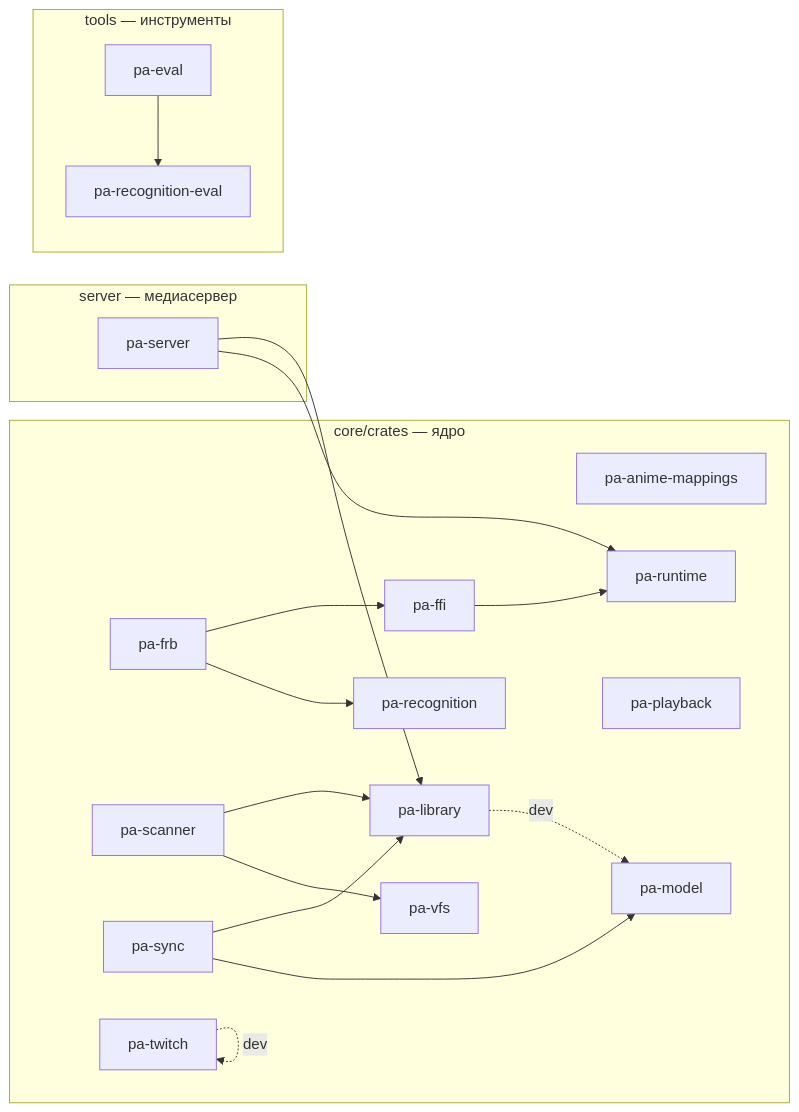
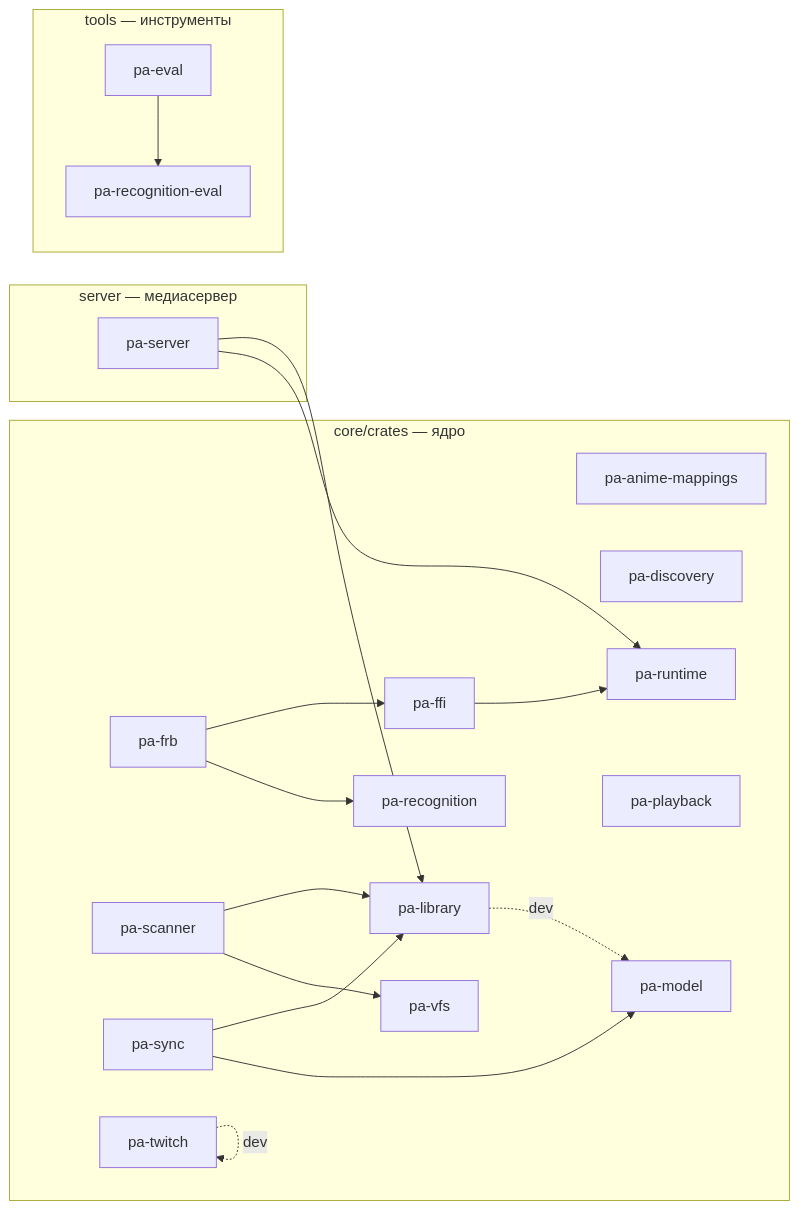
One commit to DenisHumen/project_alpha changed the diagram in docs/dev/crate-graph.md. Above: the diagram before and after it, drawn with Mermaid. The commit also changed other lines of this file and 9 other files, not shown here.

Commit message:
style(net): rustfmt, Cargo.lock and crate graph [NET-009]

````diff
--- a/docs/dev/crate-graph.md
+++ b/docs/dev/crate-graph.md
@@ -12,36 +12,37 @@
 ```mermaid
 flowchart LR
   subgraph g0["core/crates — ядро"]
     pa_anime_mappings["pa-anime-mappings"]
+    pa_discovery["pa-discovery"]
     pa_ffi["pa-ffi"]
     pa_frb["pa-frb"]
     pa_library["pa-library"]
     pa_model["pa-model"]
     pa_playback["pa-playback"]
     pa_recognition["pa-recognition"]
     pa_runtime["pa-runtime"]
     pa_scanner["pa-scanner"]
     pa_sync["pa-sync"]
     pa_twitch["pa-twitch"]
     pa_vfs["pa-vfs"]
   end
   subgraph g1["server — медиасервер"]
     pa_server["pa-server"]
   end
   subgraph g2["tools — инструменты"]
     pa_eval["pa-eval"]
     pa_recognition_eval["pa-recognition-eval"]
   end
   pa_eval --> pa_recognition_eval
   pa_ffi --> pa_runtime
   pa_frb --> pa_ffi
   pa_frb --> pa_recognition
   pa_library -. dev .-> pa_model
   pa_scanner --> pa_library
   pa_scanner --> pa_vfs
   pa_server --> pa_library
   pa_server --> pa_runtime
   pa_sync --> pa_library
   pa_sync --> pa_model
   pa_twitch -. dev .-> pa_twitch
 ```
````
